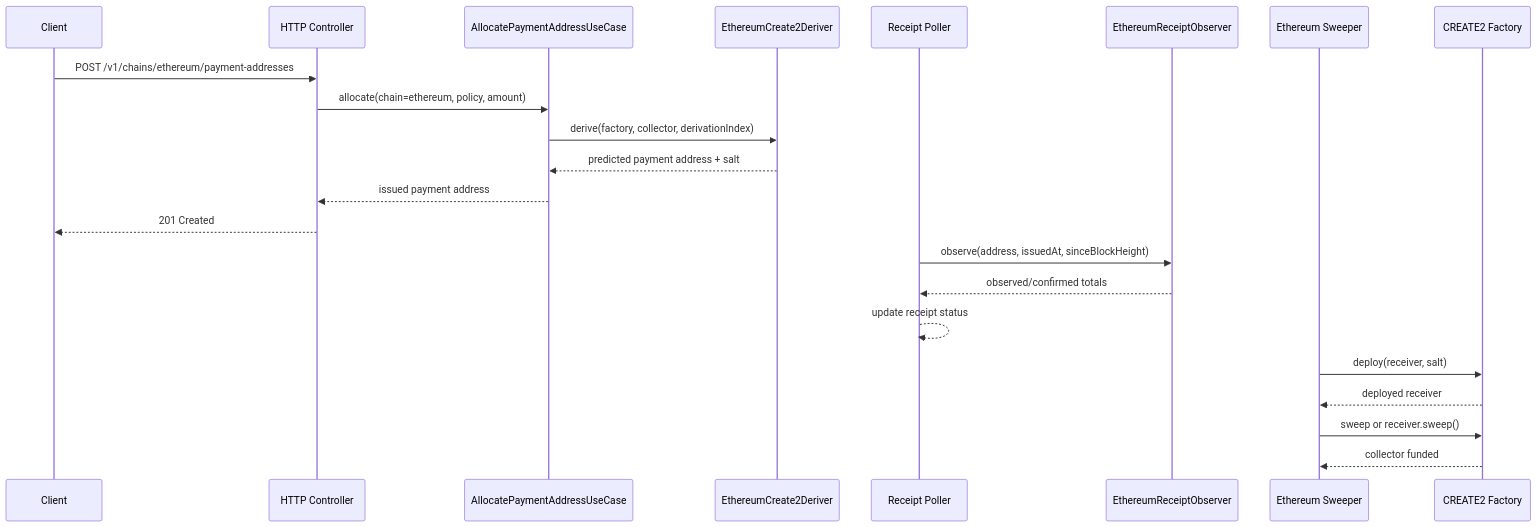
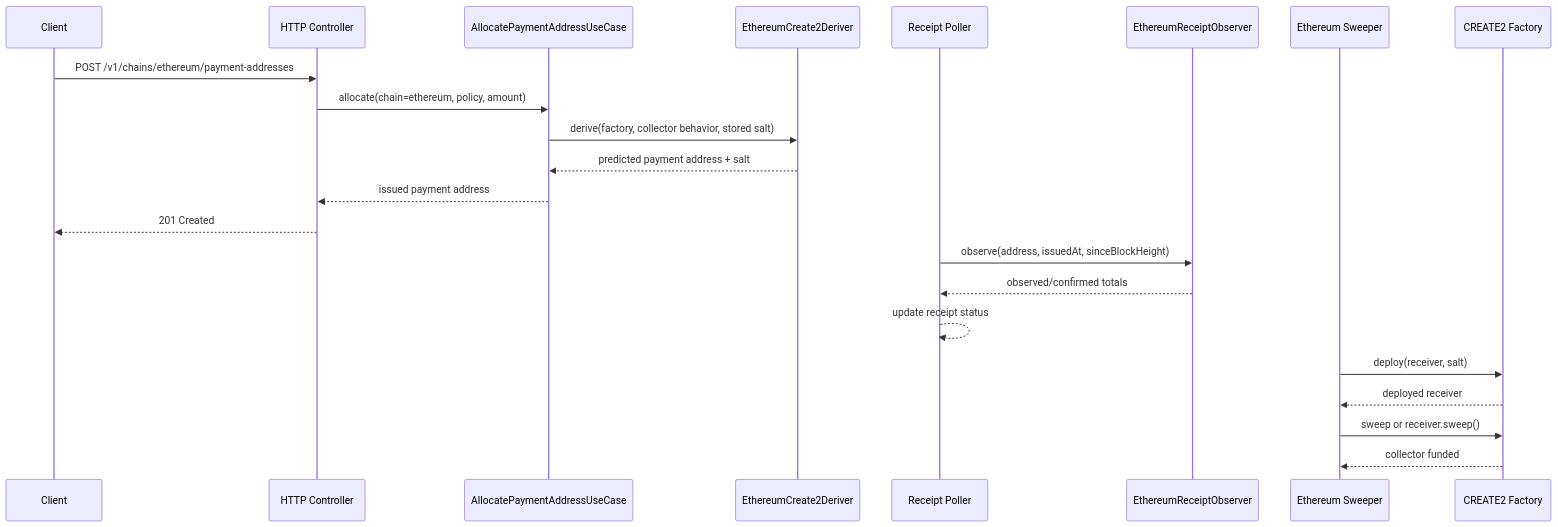
One commit to po-sen/payrune changed the diagram in specs/2026-03-20-create2-eth-payment-receiving/02_design.md. Above: the diagram before and after it, drawn with Mermaid. The commit also changed other lines of this file and 49 other files, not shown here.

````diff
--- a/specs/2026-03-20-create2-eth-payment-receiving/02_design.md
+++ b/specs/2026-03-20-create2-eth-payment-receiving/02_design.md
@@ -151,27 +168,27 @@
 ```mermaid
 sequenceDiagram
     participant U as Client
     participant C as HTTP Controller
     participant A as AllocatePaymentAddressUseCase
     participant D as EthereumCreate2Deriver
     participant P as Receipt Poller
     participant O as EthereumReceiptObserver
     participant S as Ethereum Sweeper
     participant F as CREATE2 Factory
 
     U->>C: POST /v1/chains/ethereum/payment-addresses
     C->>A: allocate(chain=ethereum, policy, amount)
-    A->>D: derive(factory, collector, derivationIndex)
+    A->>D: derive(factory, collector behavior, stored salt)
     D-->>A: predicted payment address + salt
     A-->>C: issued payment address
     C-->>U: 201 Created
 
     P->>O: observe(address, issuedAt, sinceBlockHeight)
     O-->>P: observed/confirmed totals
     P-->>P: update receipt status
 
     S->>F: deploy(receiver, salt)
     F-->>S: deployed receiver
     S->>F: sweep or receiver.sweep()
     F-->>S: collector funded
 ```
````
